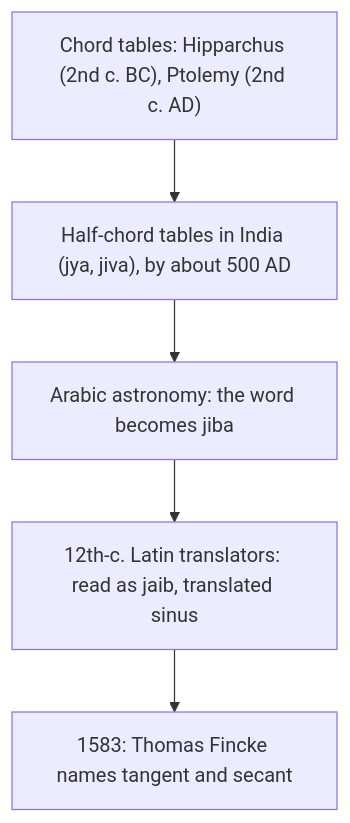
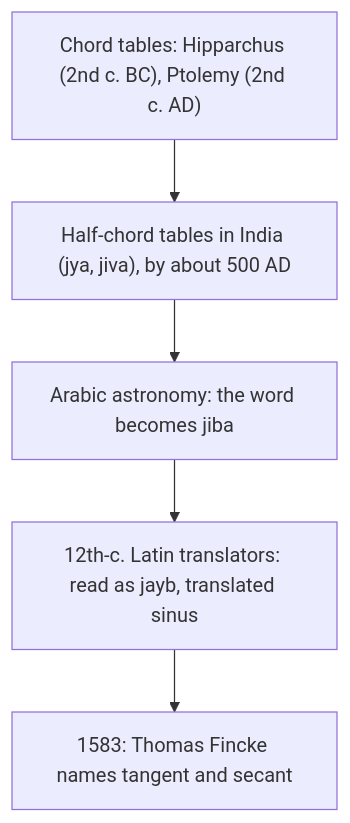
The diagram in content/math/trigonometry/lessons/12h1-six-segments.md (Aziliz/erudior), drawn with Mermaid before and after one commit. The commit also changed 17 other files, not shown here.

````diff
--- a/content/math/trigonometry/lessons/12h1-six-segments.md
+++ b/content/math/trigonometry/lessons/12h1-six-segments.md
@@ -158,9 +158,9 @@
 ```mermaid
 flowchart TD
   accTitle: From chords to sines: how the trig functions got their names
-  accDescr: Greek astronomers, Hipparchus in the second century BC and Ptolemy in the second century AD, tabulated chords of a circle. Indian astronomers by about the fifth century AD tabulated the half-chord, called jya or jiva, which is our sine. Arabic writers borrowed the word as jiba, written without vowels. Twelfth-century Latin translators read it as jaib, meaning a fold or bosom, and translated it as sinus. In 1583 Thomas Fincke introduced the names tangent and secant.
+  accDescr: Greek astronomers, Hipparchus in the second century BC and Ptolemy in the second century AD, tabulated chords of a circle. Indian astronomers by about the fifth century AD tabulated the half-chord, called jya or jiva, which is our sine. Arabic writers borrowed the word as jiba, written without vowels. Twelfth-century Latin translators read it as jayb, meaning a fold or bosom, and translated it as sinus. In 1583 Thomas Fincke introduced the names tangent and secant.
   A["Chord tables: Hipparchus (2nd c. BC), Ptolemy (2nd c. AD)"] --> B["Half-chord tables in India (jya, jiva), by about 500 AD"]
   B --> C["Arabic astronomy: the word becomes jiba"]
-  C --> D["12th-c. Latin translators: read as jaib, translated sinus"]
+  C --> D["12th-c. Latin translators: read as jayb, translated sinus"]
   D --> E["1583: Thomas Fincke names tangent and secant"]
 ```
````
